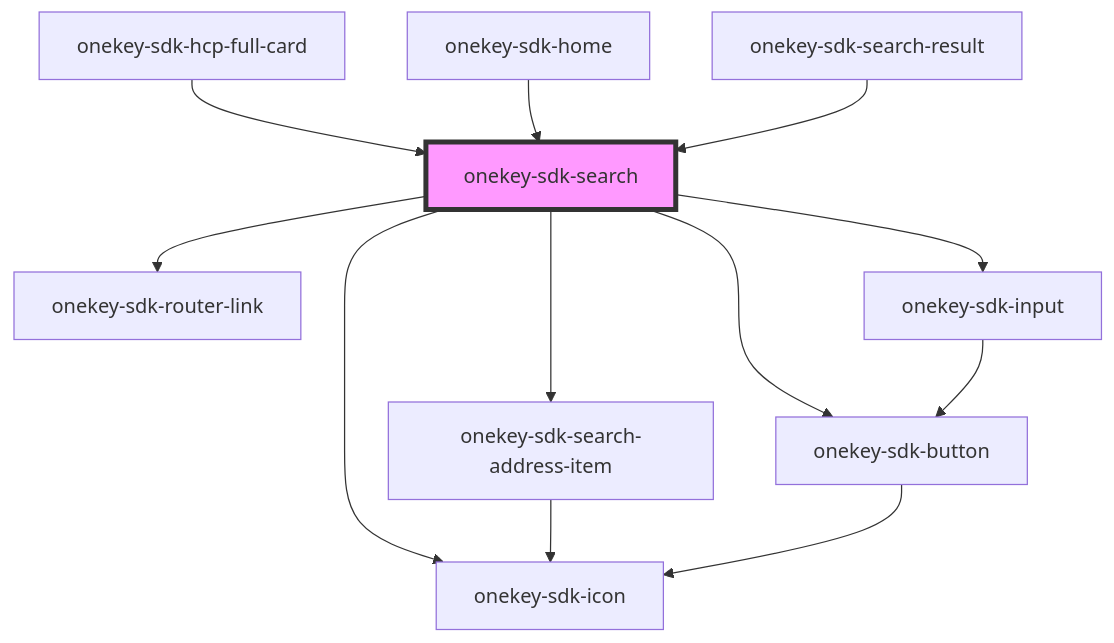
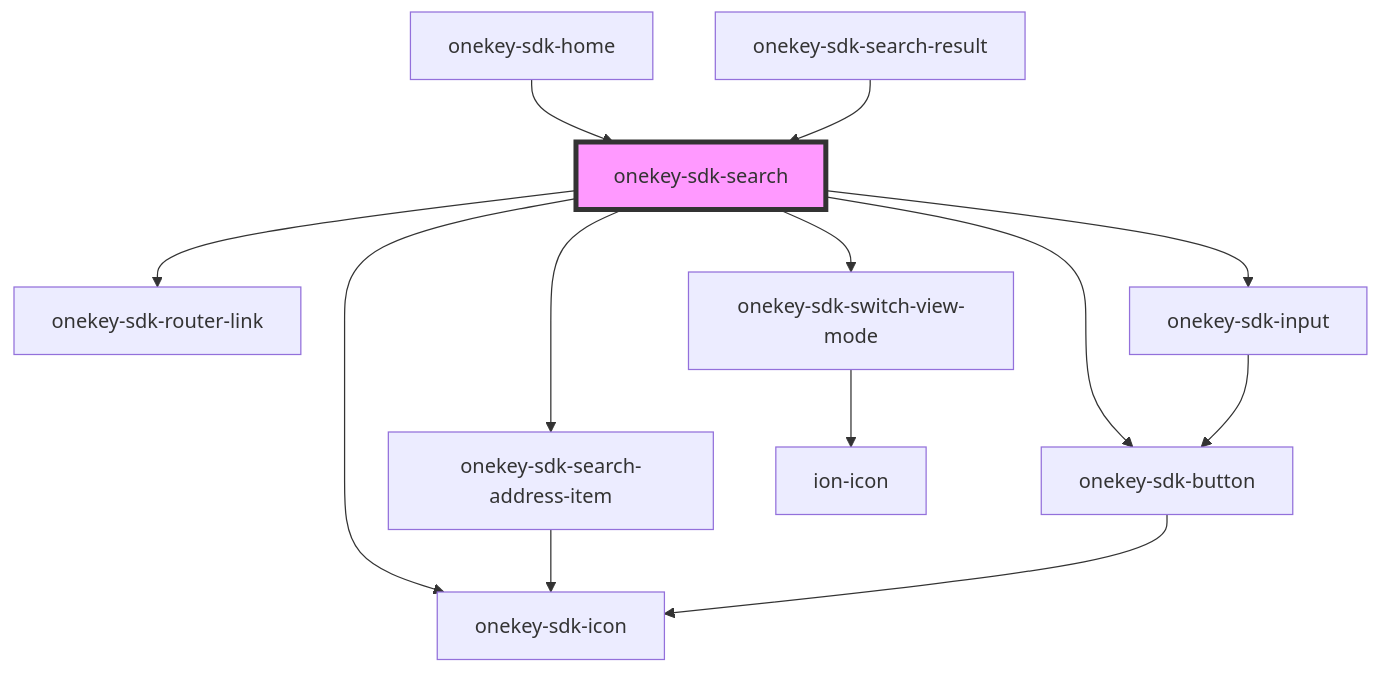
The diagram in packages/onekey-sdk-core-ui/docs/components/screens/onekey-sdk-search/readme.md (hcl-sdk/HealthCareLocatorWebSDK), drawn with Mermaid before and after one commit. The commit also changed other lines of this file and 25 other files, not shown here.

````diff
--- a/packages/onekey-sdk-core-ui/docs/components/screens/onekey-sdk-search/readme.md
+++ b/packages/onekey-sdk-core-ui/docs/components/screens/onekey-sdk-search/readme.md
@@ -33,15 +34,16 @@
 ```mermaid
 graph TD;
   onekey-sdk-search --> onekey-sdk-search-address-item
   onekey-sdk-search --> onekey-sdk-router-link
   onekey-sdk-search --> onekey-sdk-icon
   onekey-sdk-search --> onekey-sdk-input
   onekey-sdk-search --> onekey-sdk-button
+  onekey-sdk-search --> onekey-sdk-switch-view-mode
   onekey-sdk-search-address-item --> onekey-sdk-icon
   onekey-sdk-input --> onekey-sdk-button
   onekey-sdk-button --> onekey-sdk-icon
-  onekey-sdk-hcp-full-card --> onekey-sdk-search
+  onekey-sdk-switch-view-mode --> ion-icon
   onekey-sdk-home --> onekey-sdk-search
   onekey-sdk-search-result --> onekey-sdk-search
   style onekey-sdk-search fill:#f9f,stroke:#333,stroke-width:4px
 ```
````
